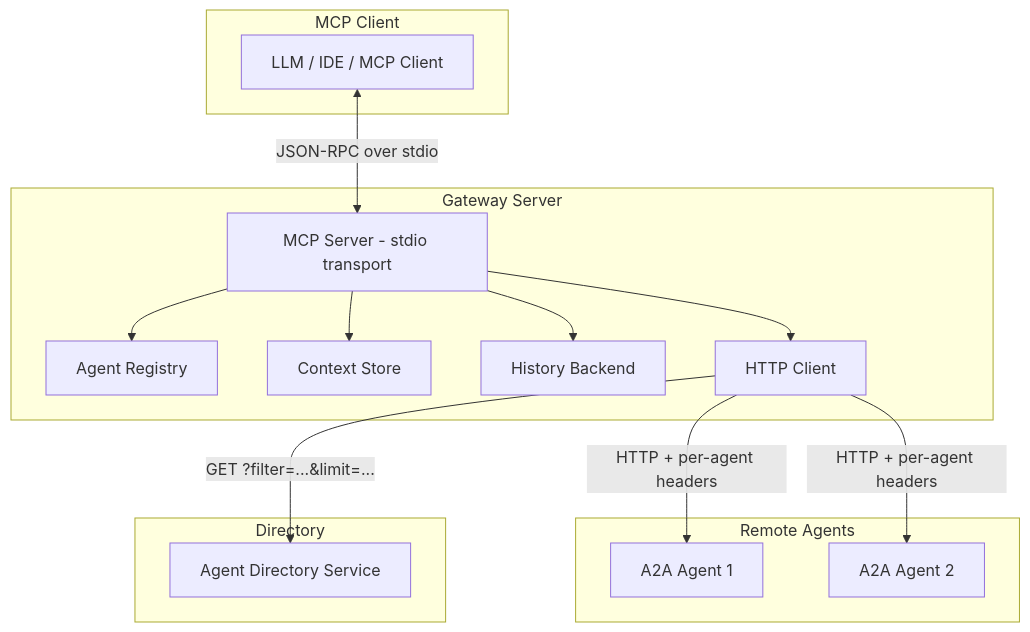
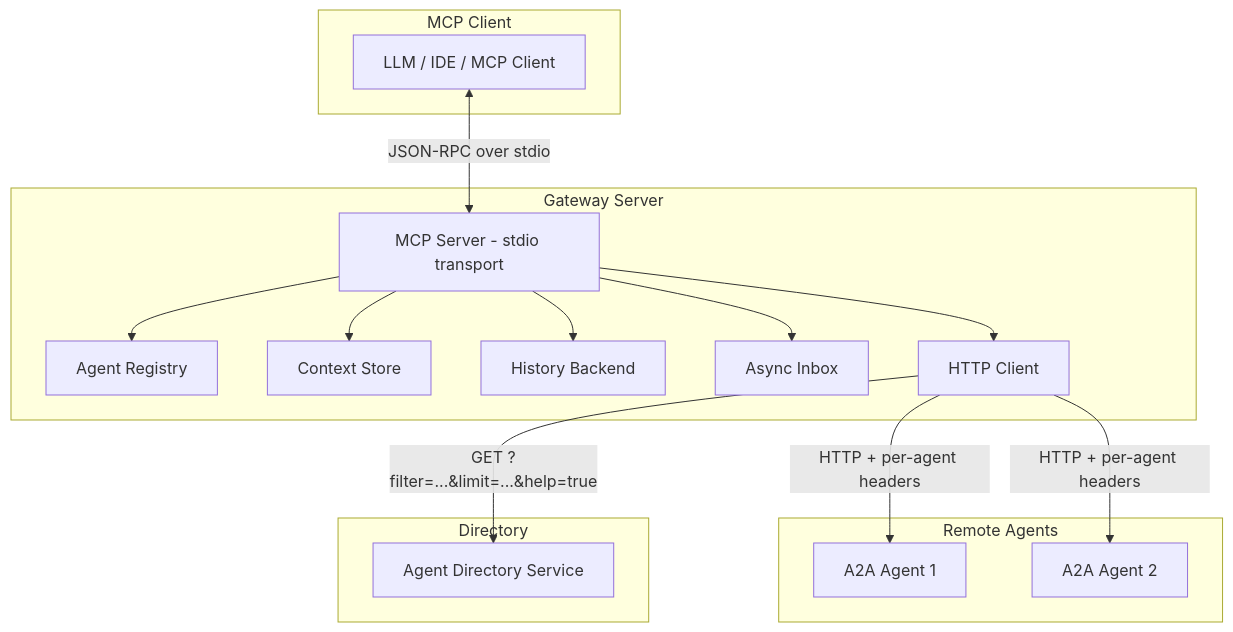
Before and after one commit to nisimpson/a2a-gateway-mcp: the diagram in README.md, drawn with Mermaid. The commit also changed other lines of this file and 5 other files, not shown here.

First line of the commit message:
feat(directory): add filter help documentation endpoint (#33)

````diff
--- a/README.md
+++ b/README.md
@@ -281,32 +361,34 @@
 ```mermaid
 graph TD
     subgraph MCP Client
         C[LLM / IDE / MCP Client]
     end
 
     subgraph Gateway Server
         S[MCP Server - stdio transport]
         R[Agent Registry]
         CS[Context Store]
         HS[History Backend]
+        IB[Async Inbox]
         HC[HTTP Client]
     end
 
     subgraph Remote Agents
         A1[A2A Agent 1]
         A2[A2A Agent 2]
     end
 
     subgraph Directory
         D[Agent Directory Service]
     end
 
     C <-->|JSON-RPC over stdio| S
     S --> R
     S --> CS
     S --> HS
+    S --> IB
     S --> HC
     HC -->|HTTP + per-agent headers| A1
     HC -->|HTTP + per-agent headers| A2
-    HC -->|GET ?filter=...&limit=...| D
+    HC -->|GET ?filter=...&limit=...&help=true| D
 ```
````
